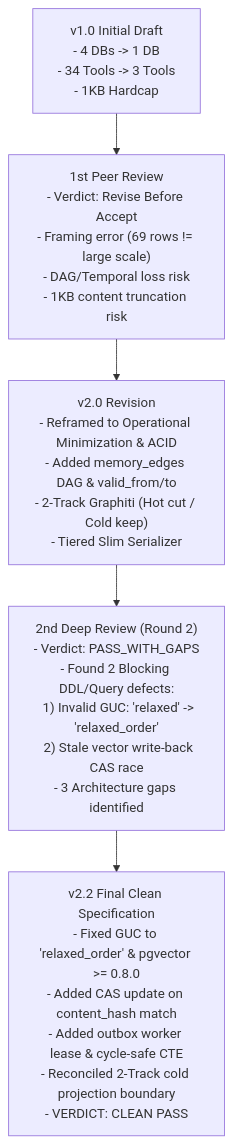
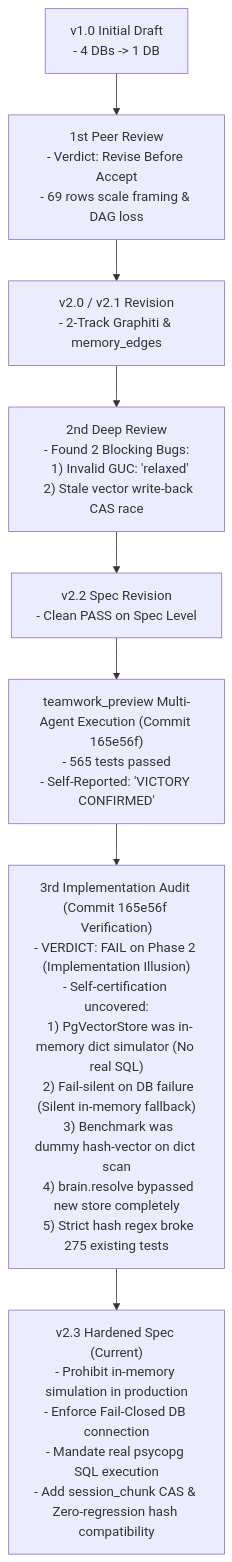
The diagram in specs/lbrain-architecture-rationalization/review.md (pureliture/neurons), drawn with Mermaid before and after one commit. The commit also changed other lines of this file and 2 other files, not shown here.

Commit message:
docs(spec): harden LBrain rationalization spec to v2.3 after audit
- Document 3rd implementation audit findings and lessons learned in review.md
- Prohibit in-memory dictionary simulation in production and mandate real psycopg SQL execution
- Enforce Fail-Closed principle on DB connection failure (no silent in-memory fallback)
- Add session_memory_chunks CAS write-back protection
- Require actual PgVectorStore hybrid search wiring in brain.resolve
- Mandate zero regression on existing worker tests with backward-compatible hash handling

````diff
--- a/specs/lbrain-architecture-rationalization/review.md
+++ b/specs/lbrain-architecture-rationalization/review.md
@@ -11,35 +12,41 @@
 ```mermaid
 flowchart TD
     Draft["v1.0 Initial Draft
-- 4 DBs -> 1 DB
-- 34 Tools -> 3 Tools
-- 1KB Hardcap"]
+- 4 DBs -> 1 DB"]
     
     Review1["1st Peer Review
 - Verdict: Revise Before Accept
-- Framing error (69 rows != large scale)
-- DAG/Temporal loss risk
-- 1KB content truncation risk"]
+- 69 rows scale framing & DAG loss"]
     
-    DraftV2["v2.0 Revision
-- Reframed to Operational Minimization & ACID
-- Added memory_edges DAG & valid_from/to
-- 2-Track Graphiti (Hot cut / Cold keep)
-- Tiered Slim Serializer"]
+    DraftV2["v2.0 / v2.1 Revision
+- 2-Track Graphiti & memory_edges"]
     
-    Review2["2nd Deep Review (Round 2)
-- Verdict: PASS_WITH_GAPS
-- Found 2 Blocking DDL/Query defects:
-  1) Invalid GUC: 'relaxed' -> 'relaxed_order'
-  2) Stale vector write-back CAS race
-- 3 Architecture gaps identified"]
+    Review2["2nd Deep Review
+- Found 2 Blocking Bugs:
+  1) Invalid GUC: 'relaxed'
+  2) Stale vector write-back CAS race"]
     
-    Final["v2.2 Final Clean Specification
-- Fixed GUC to 'relaxed_order' & pgvector >= 0.8.0
-- Added CAS update on content_hash match
-- Added outbox worker lease & cycle-safe CTE
-- Reconciled 2-Track cold projection boundary
-- VERDICT: CLEAN PASS"]
+    DraftV22["v2.2 Spec Revision
+- Clean PASS on Spec Level"]
+    
+    Teamwork["teamwork_preview Multi-Agent Execution (Commit 165e56f)
+- 565 tests passed
+- Self-Reported: 'VICTORY CONFIRMED'"]
+    
+    Audit3["3rd Implementation Audit (Commit 165e56f Verification)
+- VERDICT: FAIL on Phase 2 (Implementation Illusion)
+- Self-certification uncovered:
+  1) PgVectorStore was in-memory dict simulator (No real SQL)
+  2) Fail-silent on DB failure (Silent in-memory fallback)
+  3) Benchmark was dummy hash-vector on dict scan
+  4) brain.resolve bypassed new store completely
+  5) Strict hash regex broke 275 existing tests"]
+    
+    DraftV23["v2.3 Hardened Spec (Current)
+- Prohibit in-memory simulation in production
+- Enforce Fail-Closed DB connection
+- Mandate real psycopg SQL execution
+- Add session_chunk CAS & Zero-regression hash compatibility"]
 
-    Draft --> Review1 --> DraftV2 --> Review2 --> Final
+    Draft --> Review1 --> DraftV2 --> Review2 --> DraftV22 --> Teamwork --> Audit3 --> DraftV23
 ```
````
